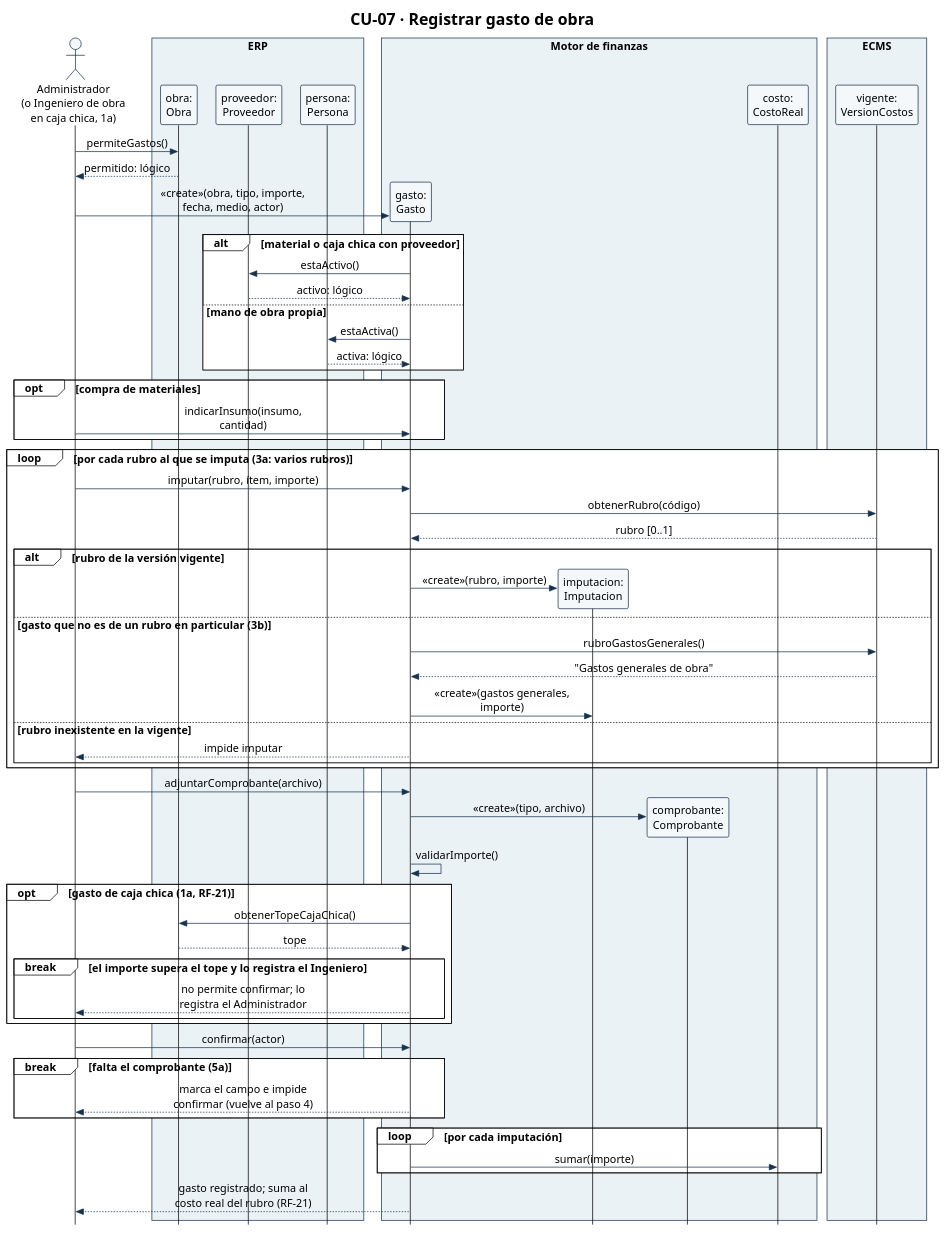
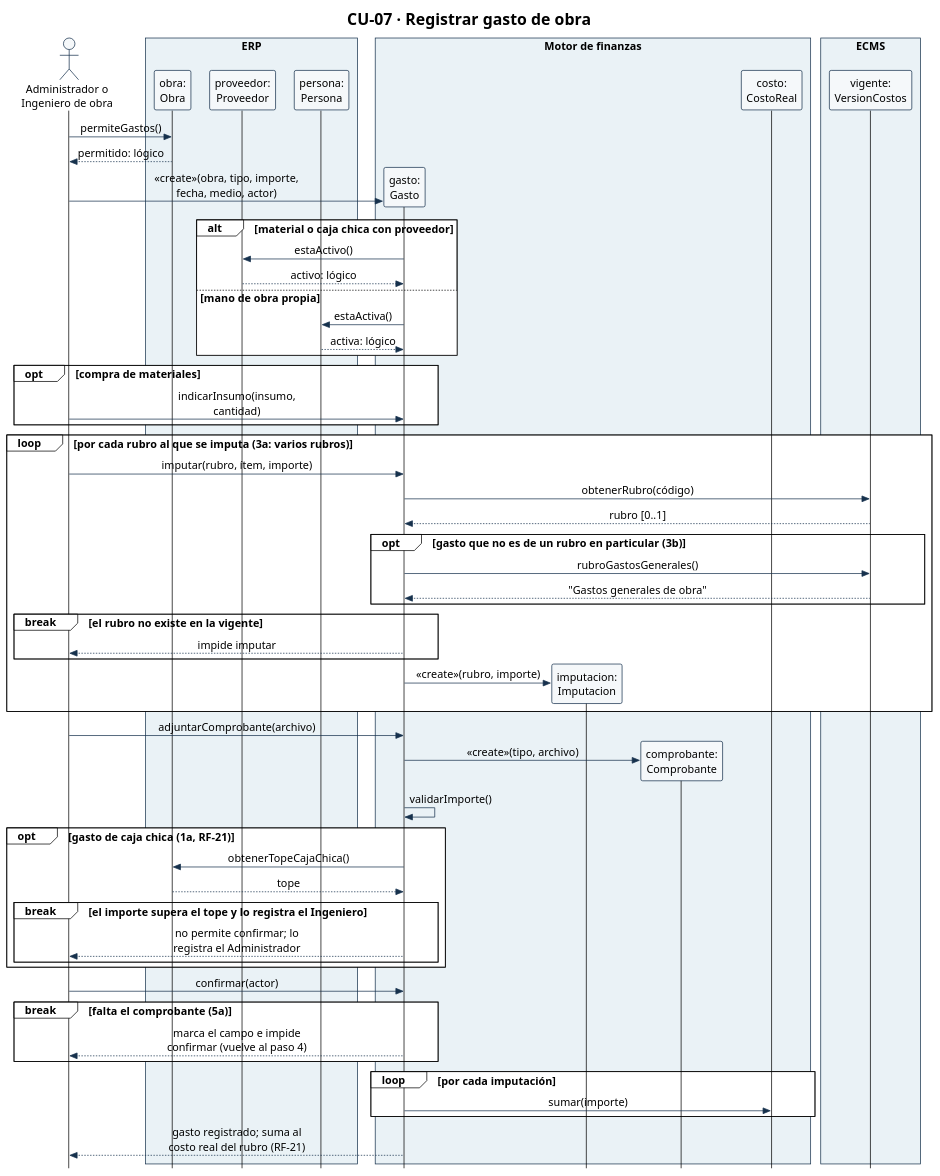
The diagram in diagramas/CU-07-secuencia.puml (Ssrrb/tpf-uca), drawn with PlantUML before and after one commit. The commit also changed 9 other files, not shown here.

```diff
--- a/diagramas/CU-07-secuencia.puml
+++ b/diagramas/CU-07-secuencia.puml
@@ -1,87 +1,86 @@
 @startuml
 !theme plain
 skinparam style strictuml
 skinparam shadowing false
 skinparam defaultFontName Arial
 skinparam defaultFontSize 15
 skinparam sequenceMessageAlign center
 skinparam maxMessageSize 220
 skinparam ParticipantPadding 8
 skinparam BoxPadding 6
 skinparam ParticipantBackgroundColor #F5F8FA
 skinparam ParticipantBorderColor #17324D
 skinparam ActorBorderColor #17324D
 skinparam ActorBackgroundColor #F5F8FA
 skinparam ArrowColor #17324D
 skinparam SequenceBoxBorderColor #17324D
 skinparam note {
   BackgroundColor #FFFFFF
   BorderColor #17324D
 }
 hide footbox
 title CU-07 · Registrar gasto de obra
-actor "Administrador\n(o Ingeniero de obra\nen caja chica, 1a)" as Usr
+actor "Administrador o\nIngeniero de obra" as Usr
 box "ERP" #EAF2F6
 participant "obra:\nObra" as Obra
 participant "proveedor:\nProveedor" as Prov
 participant "persona:\nPersona" as Pers
 end box
 box "Motor de finanzas" #EAF2F6
 participant "gasto:\nGasto" as G
 participant "imputacion:\nImputacion" as Imp
 participant "comprobante:\nComprobante" as Comp
 participant "costo:\nCostoReal" as CR
 end box
 box "ECMS" #EAF2F6
 participant "vigente:\nVersionCostos" as VC
 end box
 
 Usr -> Obra: permiteGastos()
 Obra --> Usr: permitido: lógico
 create G
 Usr -> G: «create»(obra, tipo, importe, fecha, medio, actor)
 alt material o caja chica con proveedor
   G -> Prov: estaActivo()
   Prov --> G: activo: lógico
 else mano de obra propia
   G -> Pers: estaActiva()
   Pers --> G: activa: lógico
 end
 opt compra de materiales
   Usr -> G: indicarInsumo(insumo, cantidad)
 end
 loop por cada rubro al que se imputa (3a: varios rubros)
   Usr -> G: imputar(rubro, ítem, importe)
   G -> VC: obtenerRubro(código)
   VC --> G: rubro [0..1]
-  alt rubro de la versión vigente
-    create Imp
-    G -> Imp: «create»(rubro, importe)
-  else gasto que no es de un rubro en particular (3b)
+  opt gasto que no es de un rubro en particular (3b)
     G -> VC: rubroGastosGenerales()
     VC --> G: "Gastos generales de obra"
-    G -> Imp: «create»(gastos generales, importe)
-  else rubro inexistente en la vigente
+  end
+  break el rubro no existe en la vigente
     G --> Usr: impide imputar
   end
+  create Imp
+  G -> Imp: «create»(rubro, importe)
 end
 Usr -> G: adjuntarComprobante(archivo)
 create Comp
 G -> Comp: «create»(tipo, archivo)
 G -> G: validarImporte()
 opt gasto de caja chica (1a, RF-21)
   G -> Obra: obtenerTopeCajaChica()
   Obra --> G: tope
   break el importe supera el tope y lo registra el Ingeniero
     G --> Usr: no permite confirmar; lo registra el Administrador
   end
 end
 Usr -> G: confirmar(actor)
 break falta el comprobante (5a)
   G --> Usr: marca el campo e impide confirmar (vuelve al paso 4)
 end
 loop por cada imputación
   G -> CR: sumar(importe)
 end
 G --> Usr: gasto registrado; suma al costo real del rubro (RF-21)
 @enduml
```
